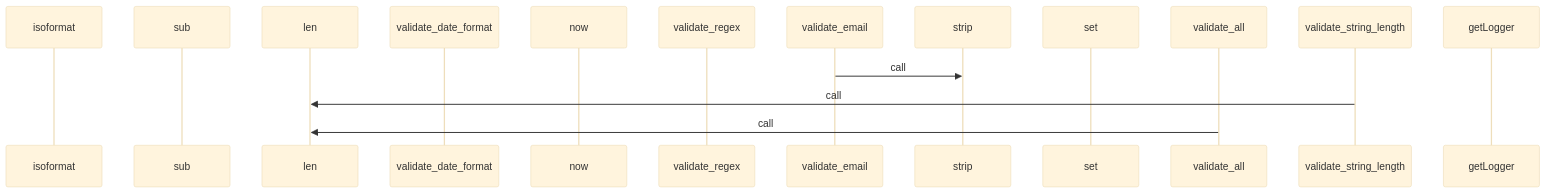
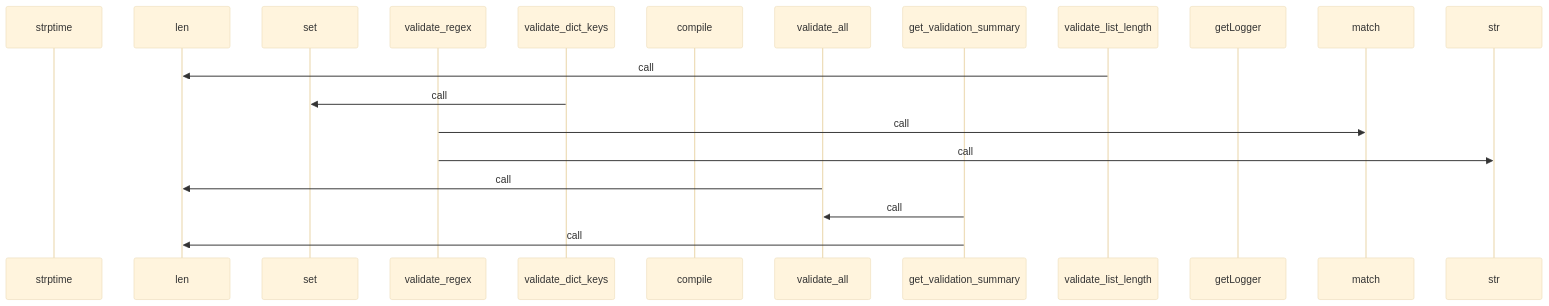
One commit to yeonjae-personal/codemuse-backend changed the third of 4 diagrams in generated_docs/rule_analyzer/shared/utils/validation.md. Above: the diagram before and after it, drawn with Mermaid (base theme). The commit also changed other lines of this file and 3378 other files, not shown here.

````diff
--- a/generated_docs/rule_analyzer/shared/utils/validation.md
+++ b/generated_docs/rule_analyzer/shared/utils/validation.md
@@ -218,18 +218,22 @@
 ```mermaid
 sequenceDiagram
-  participant isoformat as isoformat
-  participant sub as sub
+  participant strptime as strptime
   participant len as len
-  participant validate_date_format as validate_date_format
-  participant now as now
+  participant set as set
   participant validate_regex as validate_regex
-  participant validate_email as validate_email
-  participant strip as strip
-  participant set as set
+  participant validate_dict_keys as validate_dict_keys
+  participant compile as compile
   participant validate_all as validate_all
-  participant validate_string_length as validate_string_length
+  participant get_validation_summary as get_validation_summary
+  participant validate_list_length as validate_list_length
   participant getLogger as getLogger
-  validate_email->>strip: call
-  validate_string_length->>len: call
+  participant match as match
+  participant str as str
+  validate_list_length->>len: call
+  validate_dict_keys->>set: call
+  validate_regex->>match: call
+  validate_regex->>str: call
   validate_all->>len: call
+  get_validation_summary->>validate_all: call
+  get_validation_summary->>len: call
 ```
````
